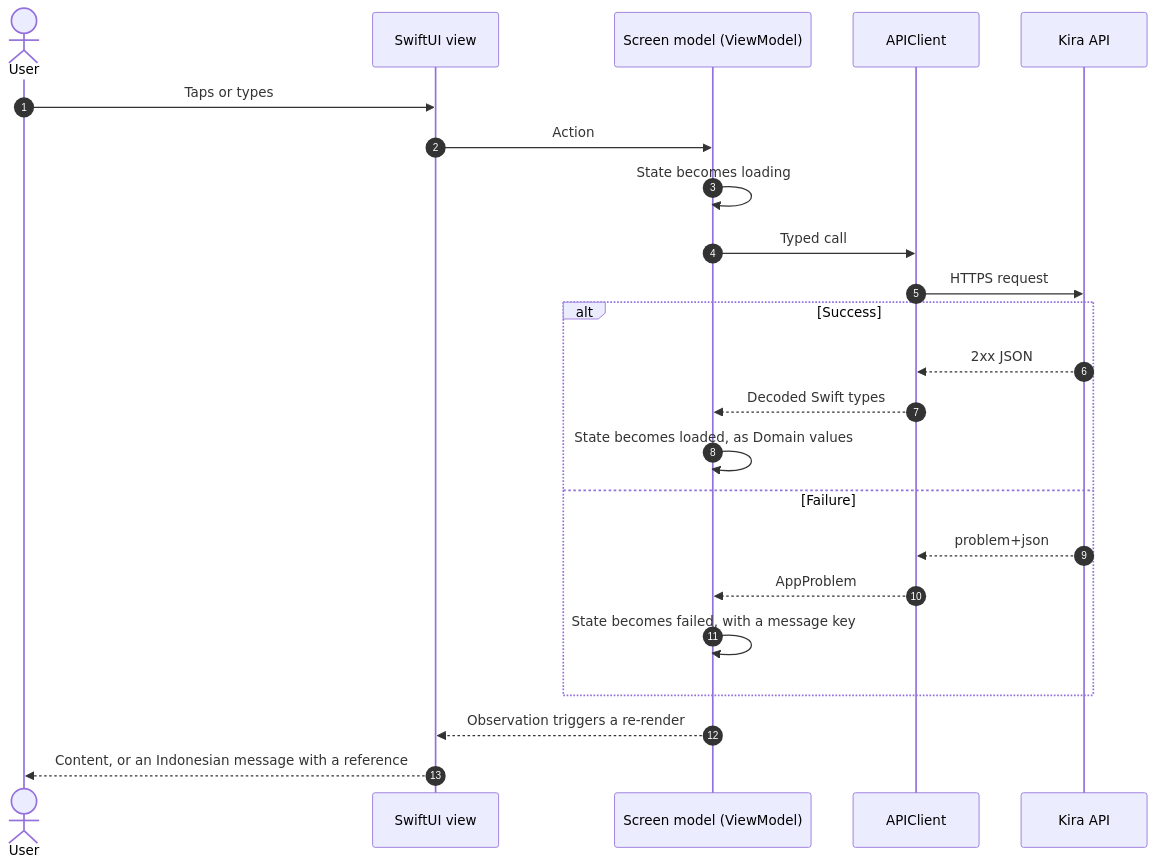
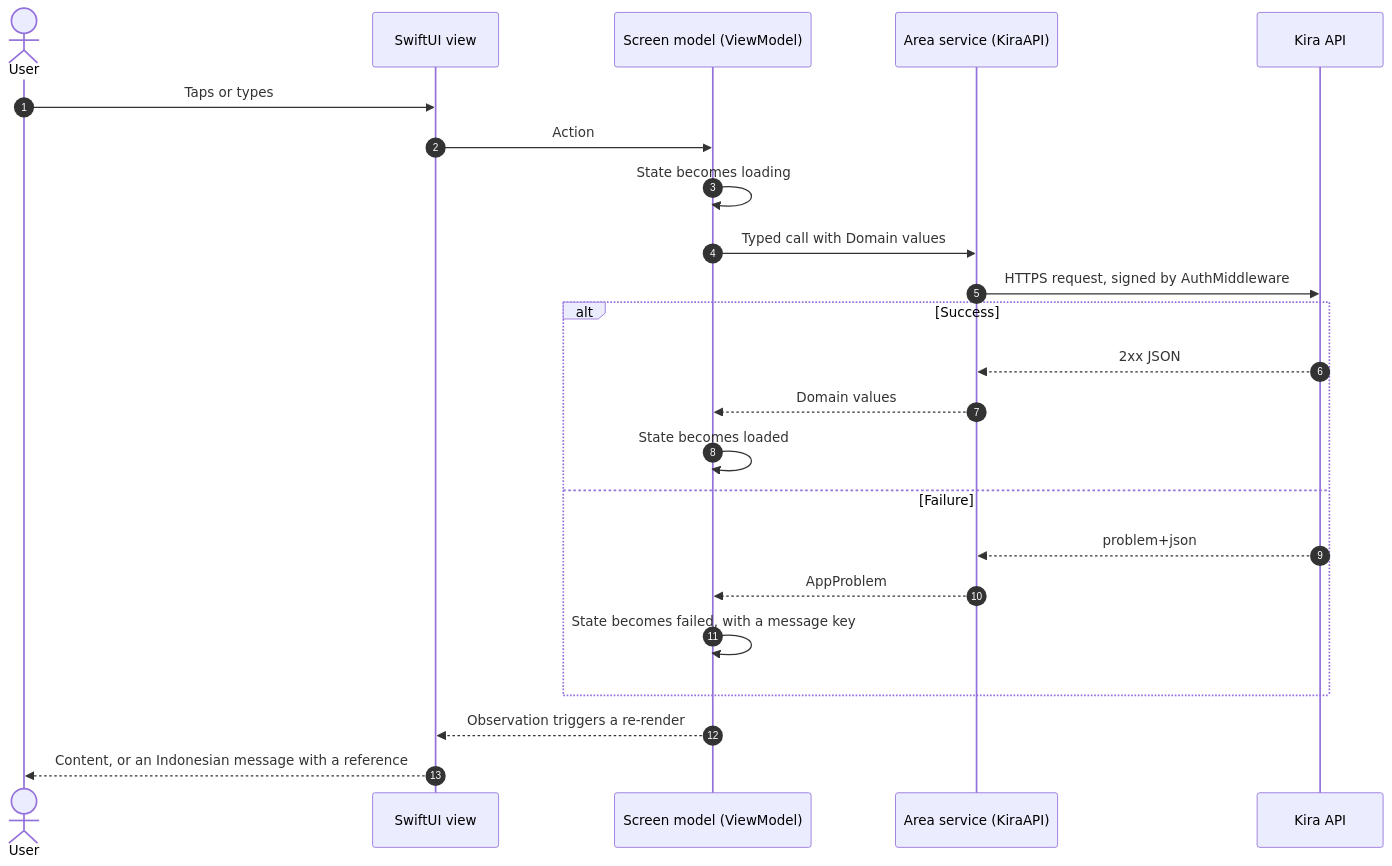
One commit to Kira-iOS-Project/kira-mobile-ios changed the fourth of 7 diagrams in README.md. Above: the diagram before and after it, drawn with Mermaid. The commit also changed other lines of this file and 2 other files, not shown here.

First line of the commit message:
docs: describe this round's app: areas, shell, session and lock, on-device AI

````diff
--- a/README.md
+++ b/README.md
@@ -235,26 +283,26 @@
 ```mermaid
 sequenceDiagram
   autonumber
   actor User
   participant View as SwiftUI view
   participant Model as Screen model (ViewModel)
-  participant Client as APIClient
+  participant Service as Area service (KiraAPI)
   participant API as Kira API
 
   User->>View: Taps or types
   View->>Model: Action
   Model->>Model: State becomes loading
-  Model->>Client: Typed call
-  Client->>API: HTTPS request
+  Model->>Service: Typed call with Domain values
+  Service->>API: HTTPS request, signed by AuthMiddleware
   alt Success
-    API-->>Client: 2xx JSON
-    Client-->>Model: Decoded Swift types
-    Model->>Model: State becomes loaded, as Domain values
+    API-->>Service: 2xx JSON
+    Service-->>Model: Domain values
+    Model->>Model: State becomes loaded
   else Failure
-    API-->>Client: problem+json
-    Client-->>Model: AppProblem
+    API-->>Service: problem+json
+    Service-->>Model: AppProblem
     Model->>Model: State becomes failed, with a message key
   end
   Model-->>View: Observation triggers a re-render
   View-->>User: Content, or an Indonesian message with a reference
 ```
````
